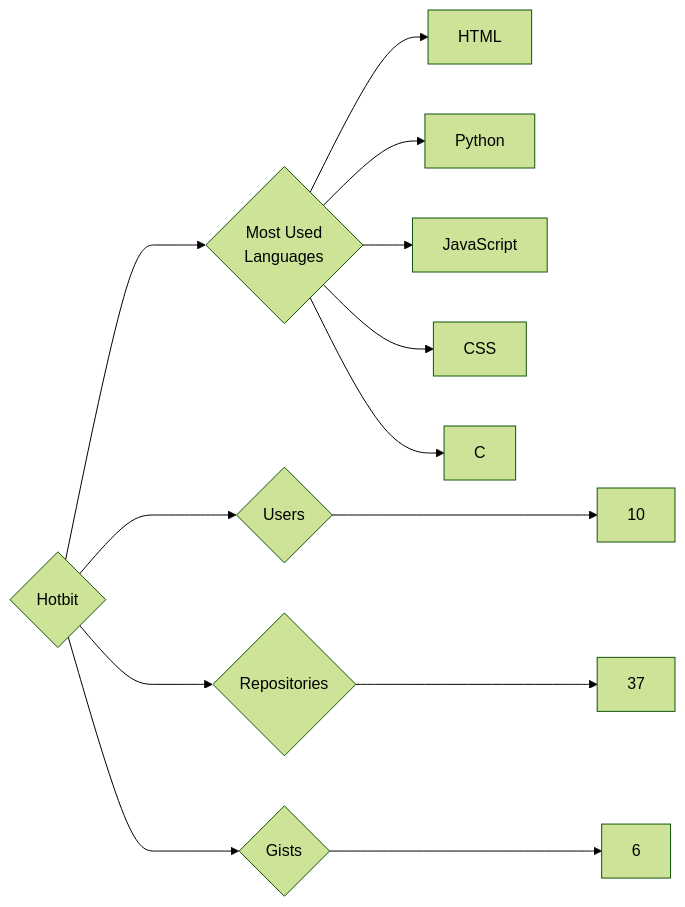
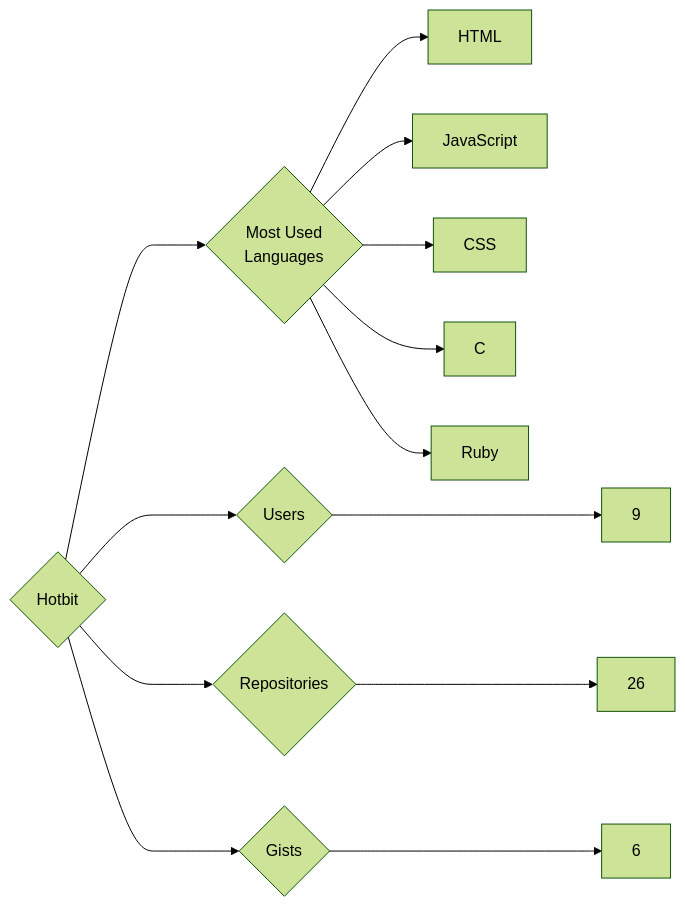
One commit to trickest/insiders changed the diagram in targets/Hotbit/README.md. Above: the diagram before and after it, drawn with Mermaid (forest theme). The commit also changed 993 other files, not shown here.

````diff
--- a/targets/Hotbit/README.md
+++ b/targets/Hotbit/README.md
@@ -3,13 +3,13 @@
 ```mermaid
 graph LR
 COMPANY_NAME{Hotbit}
-COMPANY_NAME ---> U{Users} ---> UN[10]
-COMPANY_NAME ---> R{Repositories} ---> RN[37]
+COMPANY_NAME ---> U{Users} ---> UN[9]
+COMPANY_NAME ---> R{Repositories} ---> RN[26]
 COMPANY_NAME ---> G{Gists} ---> GN[6]
 COMPANY_NAME ---> ML{Most Used<br>Languages}
 ML --> HTML[HTML]
-ML --> Python[Python]
 ML --> JavaScript[JavaScript]
 ML --> CSS[CSS]
 ML --> C[C]
+ML --> Ruby[Ruby]
 ```
````
